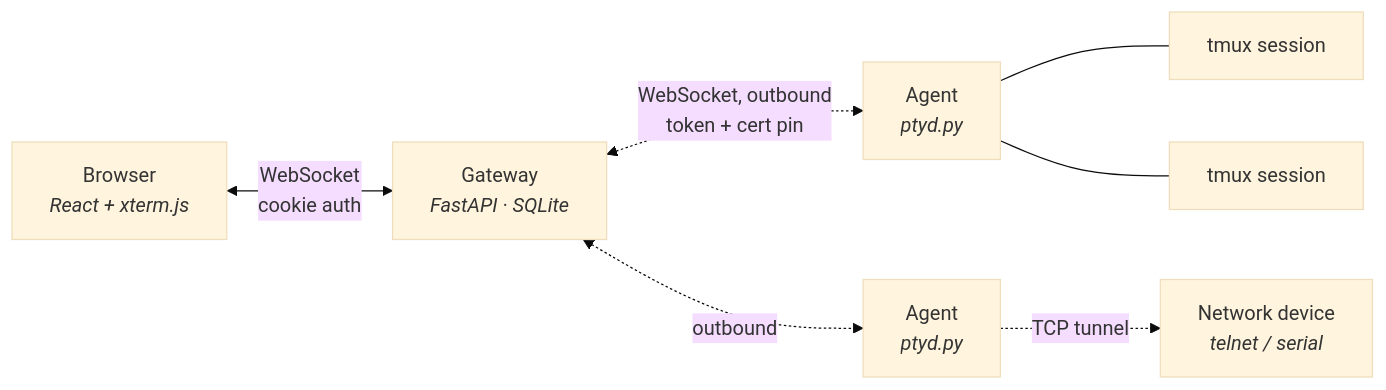
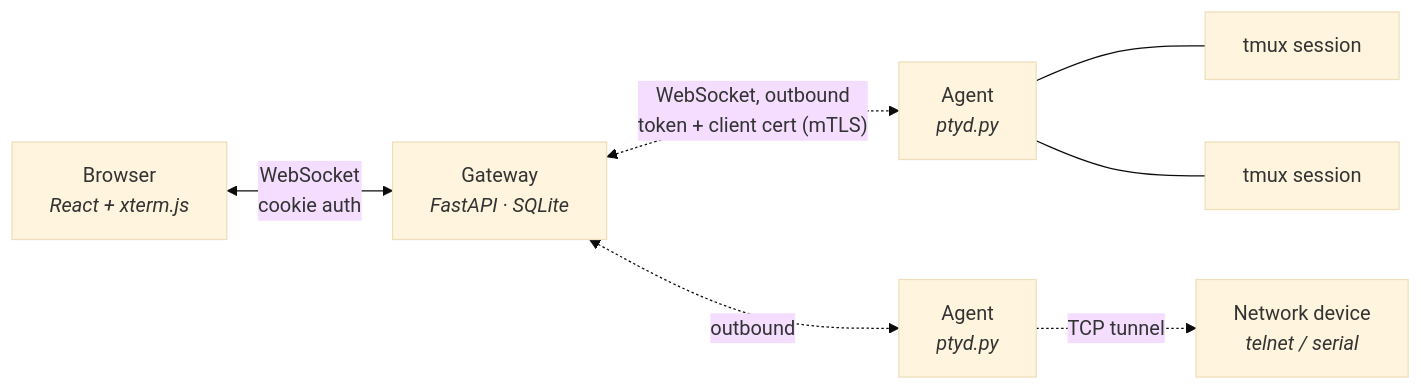
The diagram in docs/design/ARCHITECTURE.md (sm26449/webterm), drawn with Mermaid (base theme) before and after one commit. The commit also changed other lines of this file and 5 other files, not shown here.

Commit message:
docs(agents): mTLS in the README, docs index, features, architecture, install and installer

````diff
--- a/docs/design/ARCHITECTURE.md
+++ b/docs/design/ARCHITECTURE.md
@@ -6,17 +6,17 @@
 ```mermaid
 flowchart LR
     B["Browser<br/><i>React + xterm.js</i>"]
     G["Gateway<br/><i>FastAPI · SQLite</i>"]
     A1["Agent<br/><i>ptyd.py</i>"]
     A2["Agent<br/><i>ptyd.py</i>"]
     T1["tmux session"]
     T2["tmux session"]
     D["Network device<br/><i>telnet / serial</i>"]
 
     B <-->|"WebSocket<br/>cookie auth"| G
-    G <-.->|"WebSocket, outbound<br/>token + cert pin"| A1
+    G <-.->|"WebSocket, outbound<br/>token + client cert (mTLS)"| A1
     G <-.->|"outbound"| A2
     A1 --- T1
     A1 --- T2
     A2 -.->|"TCP tunnel"| D
 ```
````
